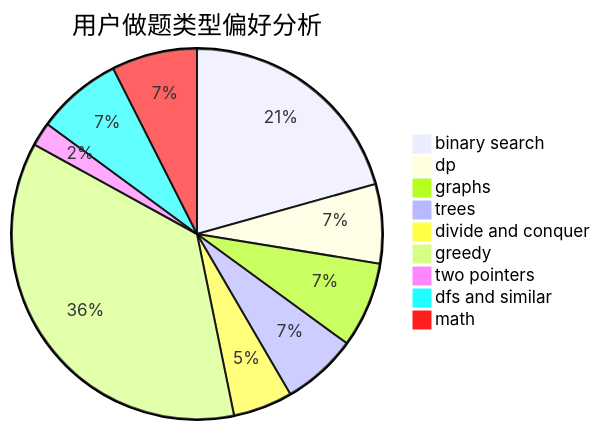
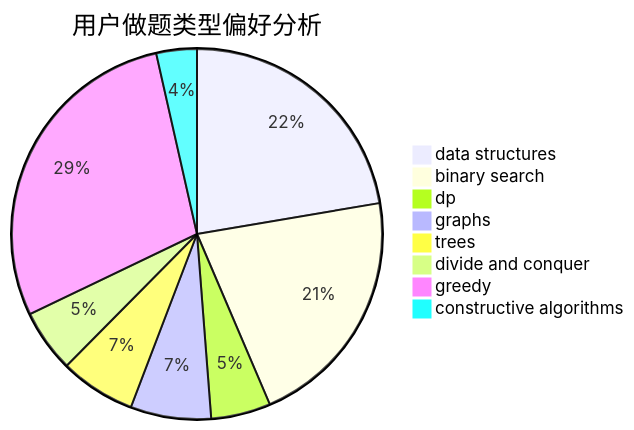
Before and after one commit to sherpahu/cfrs.github.io: the second of 3 diagrams in docs/user/u348.md, drawn with Mermaid. The commit also changed other lines of this file and 2775 other files, not shown here.

````diff
--- a/docs/user/u348.md
+++ b/docs/user/u348.md
@@ -23,12 +23,11 @@
 ```mermaid
 pie title 用户做题类型偏好分析
-    "binary search" :  418
-    "dp" :  140
-    "graphs" :  151
-    "trees" :  133
+    "data structures" :  429
+    "binary search" :  408
+    "dp" :  100
+    "graphs" :  135
+    "trees" :  127
     "divide and conquer" :  105
-    "greedy" :  733
-    "two pointers" :  42
-    "dfs and similar" :  151
-    "math" :  151
+    "greedy" :  549
+    "constructive algorithms" :  68
 ```
````
